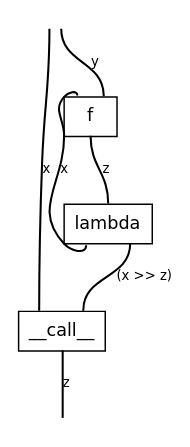
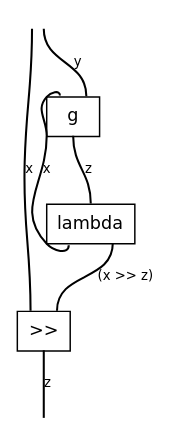
Before and after one commit to discopy/discopy: the diagram in docs/_static/cmap/biclosed-curry-right.dot, drawn with Graphviz. The commit also changed 30 other files, not shown here.

```diff
--- a/docs/_static/cmap/biclosed-curry-right.dot
+++ b/docs/_static/cmap/biclosed-curry-right.dot
@@ -1,18 +1,18 @@
 graph cmap {
   graph [bgcolor="white", fontname="DejaVu Sans", layout="dot", margin="0.04", outputorder="edgesfirst", overlap="false", rankdir="TB", splines="true"];
   node [color="black", fontname="DejaVu Sans", fontsize="12", margin="0", shape="plain"];
   edge [color="black", fontname="DejaVu Sans", fontsize="9", headclip="true", penwidth="1.4", tailclip="true"];
-  v0 [label=<<TABLE BORDER="0" CELLBORDER="0" CELLSPACING="0"><TR><TD PORT="p2" TOOLTIP="dom 0: x (up, up)" BORDER="0" CELLPADDING="0" COLSPAN="1" WIDTH="18" HEIGHT="0"></TD><TD PORT="p3" TOOLTIP="dom 1: y (up, up)" BORDER="0" CELLPADDING="0" COLSPAN="1" WIDTH="18" HEIGHT="0"></TD></TR><TR><TD BORDER="1" CELLPADDING="6" COLSPAN="2" WIDTH="36">f</TD></TR><TR><TD PORT="p4" TOOLTIP="cod 0: z (down, down)" BORDER="0" CELLPADDING="0" COLSPAN="2" WIDTH="36" HEIGHT="0"></TD></TR></TABLE>>];
-  v1 [label=<<TABLE BORDER="0" CELLBORDER="0" CELLSPACING="0"><TR><TD PORT="p5" TOOLTIP="dom 0: z (up, up)" BORDER="0" CELLPADDING="0" COLSPAN="2" WIDTH="36" HEIGHT="0"></TD></TR><TR><TD BORDER="1" CELLPADDING="6" COLSPAN="2" WIDTH="36">lambda</TD></TR><TR><TD PORT="p7" TOOLTIP="cod 0: x (down, down)" BORDER="0" CELLPADDING="0" COLSPAN="1" WIDTH="18" HEIGHT="0"></TD><TD PORT="p6" TOOLTIP="cod 1: (x &gt;&gt; z) (down, down)" BORDER="0" CELLPADDING="0" COLSPAN="1" WIDTH="18" HEIGHT="0"></TD></TR></TABLE>>];
-  v2 [label=<<TABLE BORDER="0" CELLBORDER="0" CELLSPACING="0"><TR><TD PORT="p8" TOOLTIP="dom 0: x (up, up)" BORDER="0" CELLPADDING="0" COLSPAN="1" WIDTH="18" HEIGHT="0"></TD><TD PORT="p9" TOOLTIP="dom 1: (x &gt;&gt; z) (up, up)" BORDER="0" CELLPADDING="0" COLSPAN="1" WIDTH="18" HEIGHT="0"></TD></TR><TR><TD BORDER="1" CELLPADDING="6" COLSPAN="2" WIDTH="36">__call__</TD></TR><TR><TD PORT="p10" TOOLTIP="cod 0: z (down, down)" BORDER="0" CELLPADDING="0" COLSPAN="2" WIDTH="36" HEIGHT="0"></TD></TR></TABLE>>];
+  v0 [label=<<TABLE BORDER="0" CELLBORDER="0" CELLSPACING="0"><TR><TD PORT="p2" TOOLTIP="dom 0: x (up)" BORDER="0" CELLPADDING="0" COLSPAN="1" WIDTH="18" HEIGHT="0"></TD><TD PORT="p3" TOOLTIP="dom 1: y (up)" BORDER="0" CELLPADDING="0" COLSPAN="1" WIDTH="18" HEIGHT="0"></TD></TR><TR><TD BORDER="1" CELLPADDING="6" COLSPAN="2" WIDTH="36">g</TD></TR><TR><TD PORT="p4" TOOLTIP="cod 0: z (down)" BORDER="0" CELLPADDING="0" COLSPAN="2" WIDTH="36" HEIGHT="0"></TD></TR></TABLE>>];
+  v1 [label=<<TABLE BORDER="0" CELLBORDER="0" CELLSPACING="0"><TR><TD PORT="p5" TOOLTIP="dom 0: z (up)" BORDER="0" CELLPADDING="0" COLSPAN="2" WIDTH="36" HEIGHT="0"></TD></TR><TR><TD BORDER="1" CELLPADDING="6" COLSPAN="2" WIDTH="36">lambda</TD></TR><TR><TD PORT="p7" TOOLTIP="cod 0: x (down)" BORDER="0" CELLPADDING="0" COLSPAN="1" WIDTH="18" HEIGHT="0"></TD><TD PORT="p6" TOOLTIP="cod 1: (x &gt;&gt; z) (down)" BORDER="0" CELLPADDING="0" COLSPAN="1" WIDTH="18" HEIGHT="0"></TD></TR></TABLE>>];
+  v2 [label=<<TABLE BORDER="0" CELLBORDER="0" CELLSPACING="0"><TR><TD PORT="p8" TOOLTIP="dom 0: x (up)" BORDER="0" CELLPADDING="0" COLSPAN="1" WIDTH="18" HEIGHT="0"></TD><TD PORT="p9" TOOLTIP="dom 1: (x &gt;&gt; z) (up)" BORDER="0" CELLPADDING="0" COLSPAN="1" WIDTH="18" HEIGHT="0"></TD></TR><TR><TD BORDER="1" CELLPADDING="6" COLSPAN="2" WIDTH="36">&gt;&gt;</TD></TR><TR><TD PORT="p10" TOOLTIP="cod 0: z (down)" BORDER="0" CELLPADDING="0" COLSPAN="2" WIDTH="36" HEIGHT="0"></TD></TR></TABLE>>];
   input [label=<<TABLE BORDER="0" CELLBORDER="0" CELLSPACING="0"><TR><TD PORT="p0" TOOLTIP="input 0: x" BORDER="0" CELLPADDING="4"></TD><TD PORT="p1" TOOLTIP="input 1: y" BORDER="0" CELLPADDING="4"></TD></TR></TABLE>>];
   output [label=<<TABLE BORDER="0" CELLBORDER="0" CELLSPACING="0"><TR><TD PORT="p11" TOOLTIP="output 0: z" BORDER="0" CELLPADDING="4"></TD></TR></TABLE>>];
   { rank=min; input; }
   { rank=max; output; }
   input:p0:s -- v2:p8:n [label="x", labeldistance="1.6", len="0.85"];
   input:p1:s -- v0:p3:n [label="y", labeldistance="1.6", len="0.85"];
   v0:p2:n -- v1:p7:s [label="x", labeldistance="1.6", len="0.85"];
   v0:p4:s -- v1:p5:n [label="z", labeldistance="1.6", len="0.85"];
   v1:p6:s -- v2:p9:n [label="(x >> z)", labeldistance="1.6", len="0.85"];
   v2:p10:s -- output:p11:n [label="z", labeldistance="1.6", len="0.85"];
 }
```
